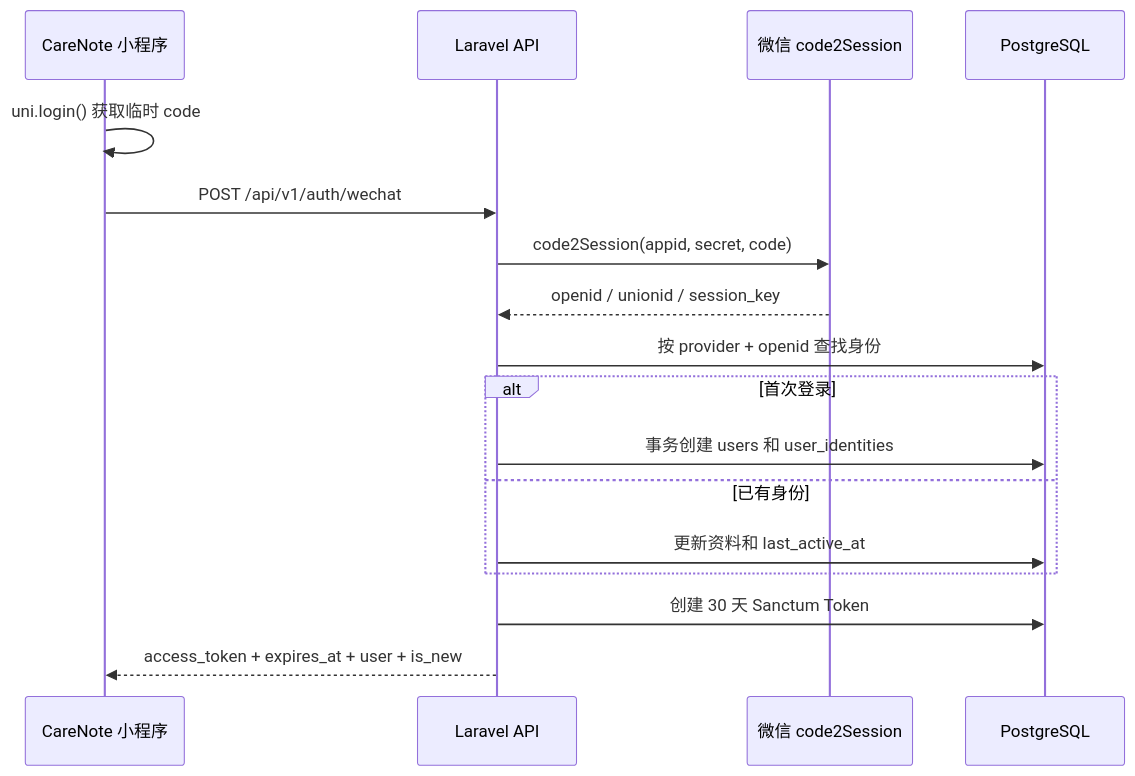
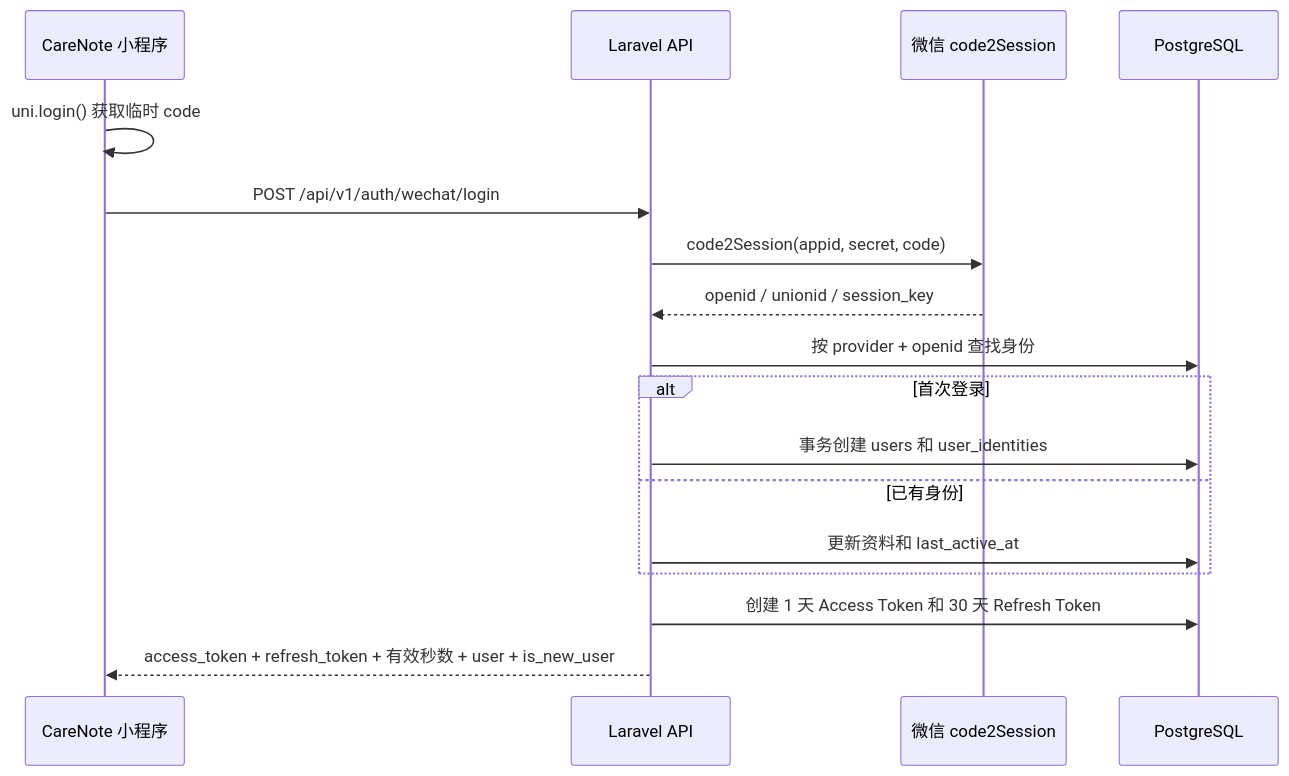
The second of 2 diagrams in docs/cloud-to-laravel-migration-plan.md (ycli4711/CareNoteAPI), drawn with Mermaid before and after one commit. The commit also changed other lines of this file and 70 other files, not shown here.

````diff
--- a/docs/cloud-to-laravel-migration-plan.md
+++ b/docs/cloud-to-laravel-migration-plan.md
@@ -247,20 +264,20 @@
 ```mermaid
 sequenceDiagram
     participant MP as CareNote 小程序
     participant API as Laravel API
     participant WX as 微信 code2Session
     participant DB as PostgreSQL
 
     MP->>MP: uni.login() 获取临时 code
-    MP->>API: POST /api/v1/auth/wechat
+    MP->>API: POST /api/v1/auth/wechat/login
     API->>WX: code2Session(appid, secret, code)
     WX-->>API: openid / unionid / session_key
     API->>DB: 按 provider + openid 查找身份
     alt 首次登录
         API->>DB: 事务创建 users 和 user_identities
     else 已有身份
         API->>DB: 更新资料和 last_active_at
     end
-    API->>DB: 创建 30 天 Sanctum Token
-    API-->>MP: access_token + expires_at + user + is_new
+    API->>DB: 创建 1 天 Access Token 和 30 天 Refresh Token
+    API-->>MP: access_token + refresh_token + 有效秒数 + user + is_new_user
 ```
````
